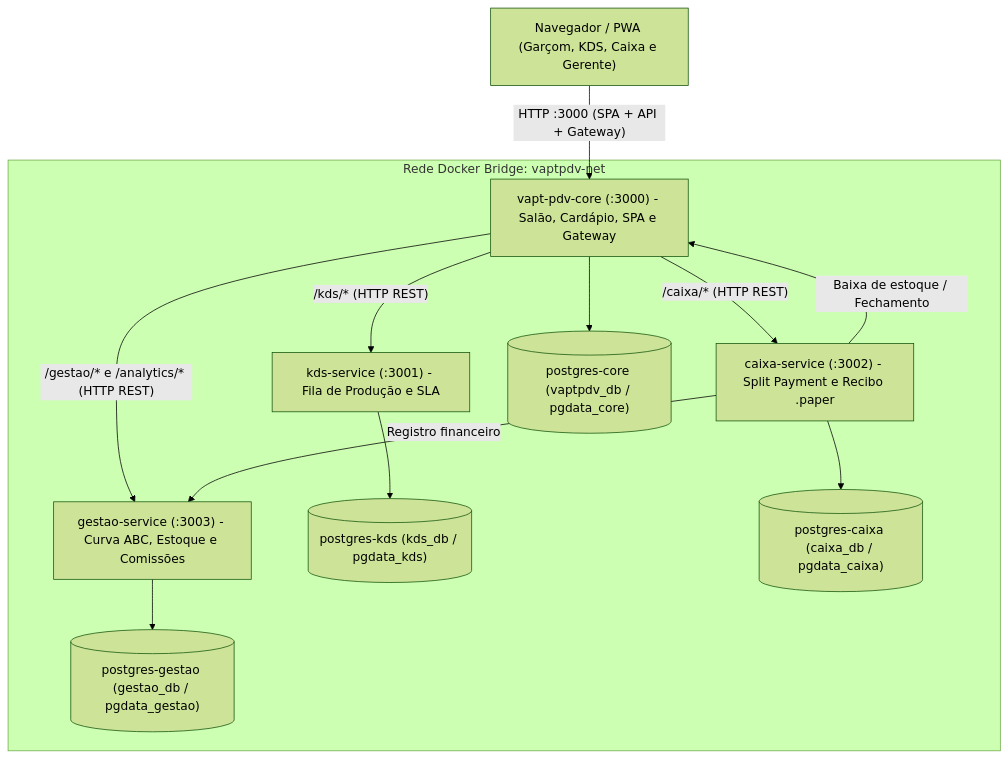
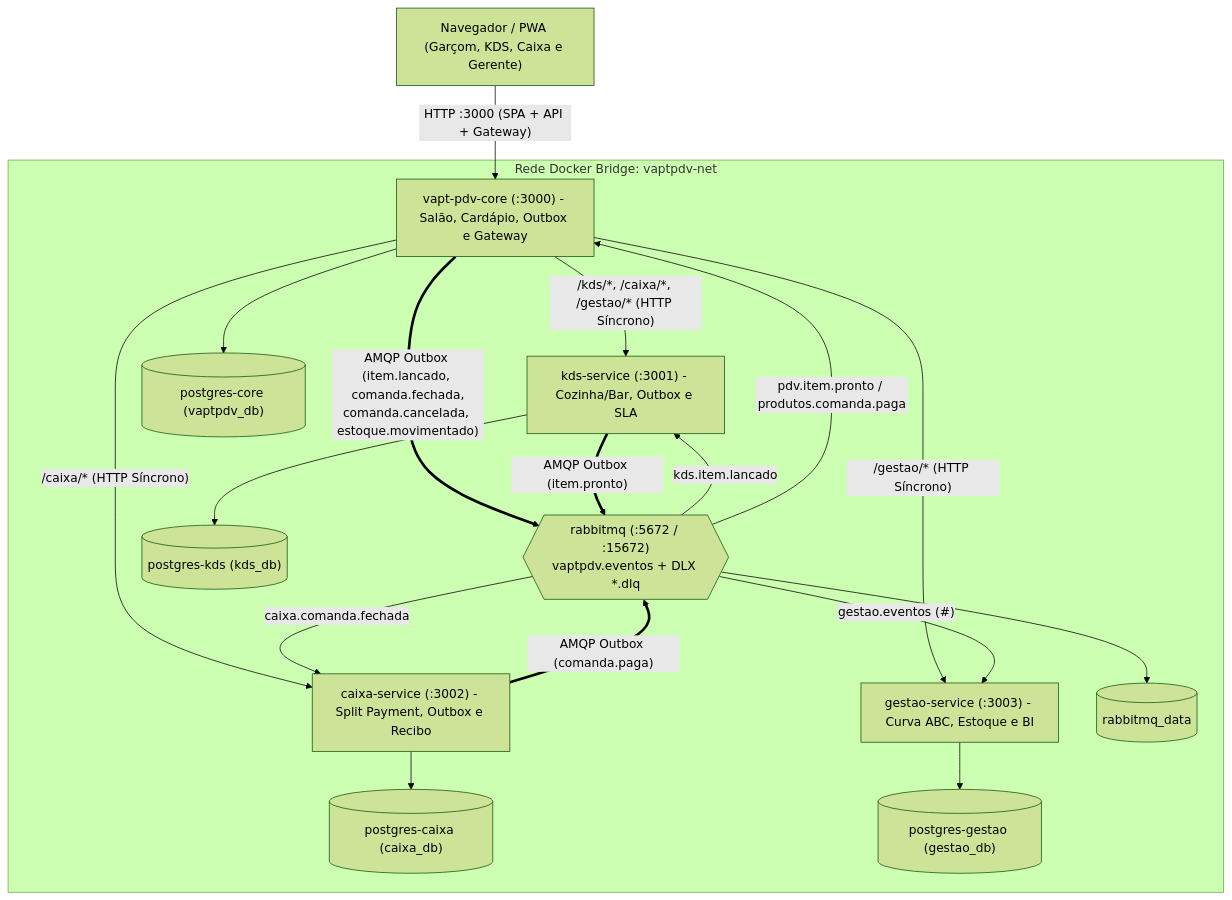
Before and after one commit to kaiofranca/vapt-pdv: the second of 2 diagrams in README.md, drawn with Mermaid (forest theme). The commit also changed other lines of this file, not shown here.

Commit message:
docs(readme): documenta topologia de 9 containers, RabbitMQ/Outbox e comparativo com Kafka/Redpanda

````diff
--- a/README.md
+++ b/README.md
@@ -133,28 +139,37 @@
 ```mermaid
 flowchart TD
     Cliente["Navegador / PWA (Garçom, KDS, Caixa e Gerente)"] -->|"HTTP :3000 (SPA + API + Gateway)"| Core
 
     subgraph Rede["Rede Docker Bridge: vaptpdv-net"]
-        Core["vapt-pdv-core (:3000) - Salão, Cardápio, SPA e Gateway"]
-        KDS["kds-service (:3001) - Fila de Produção e SLA"]
-        Caixa["caixa-service (:3002) - Split Payment e Recibo .paper"]
-        Gestao["gestao-service (:3003) - Curva ABC, Estoque e Comissões"]
+        Core["vapt-pdv-core (:3000) - Salão, Cardápio, Outbox e Gateway"]
+        KDS["kds-service (:3001) - Cozinha/Bar, Outbox e SLA"]
+        Caixa["caixa-service (:3002) - Split Payment, Outbox e Recibo"]
+        Gestao["gestao-service (:3003) - Curva ABC, Estoque e BI"]
+        MQ{{"rabbitmq (:5672 / :15672)\nvaptpdv.eventos + DLX *.dlq"}}
 
-        PG_Core[("postgres-core (vaptpdv_db / pgdata_core)")]
-        PG_KDS[("postgres-kds (kds_db / pgdata_kds)")]
-        PG_Caixa[("postgres-caixa (caixa_db / pgdata_caixa)")]
-        PG_Gestao[("postgres-gestao (gestao_db / pgdata_gestao)")]
+        PG_Core[("postgres-core (vaptpdv_db)")]
+        PG_KDS[("postgres-kds (kds_db)")]
+        PG_Caixa[("postgres-caixa (caixa_db)")]
+        PG_Gestao[("postgres-gestao (gestao_db)")]
+        MQ_Vol[("rabbitmq_data")]
 
-        Core -->|"/kds/* (HTTP REST)"| KDS
-        Core -->|"/caixa/* (HTTP REST)"| Caixa
-        Core -->|"/gestao/* e /analytics/* (HTTP REST)"| Gestao
+        Core -->|"/kds/*, /caixa/*, /gestao/* (HTTP Síncrono)"| KDS
+        Core -->|"/caixa/* (HTTP Síncrono)"| Caixa
+        Core -->|"/gestao/* (HTTP Síncrono)"| Gestao
 
-        Caixa -->|"Baixa de estoque / Fechamento"| Core
-        Caixa -->|"Registro financeiro"| Gestao
+        Core ==>|"AMQP Outbox (item.lancado, comanda.fechada,\ncomanda.cancelada, estoque.movimentado)"| MQ
+        KDS ==>|"AMQP Outbox (item.pronto)"| MQ
+        Caixa ==>|"AMQP Outbox (comanda.paga)"| MQ
+
+        MQ -->|"kds.item.lancado"| KDS
+        MQ -->|"pdv.item.pronto / produtos.comanda.paga"| Core
+        MQ -->|"caixa.comanda.fechada"| Caixa
+        MQ -->|"gestao.eventos (#)"| Gestao
 
         Core --> PG_Core
         KDS --> PG_KDS
         Caixa --> PG_Caixa
         Gestao --> PG_Gestao
+        MQ --> MQ_Vol
     end
 ```
````
